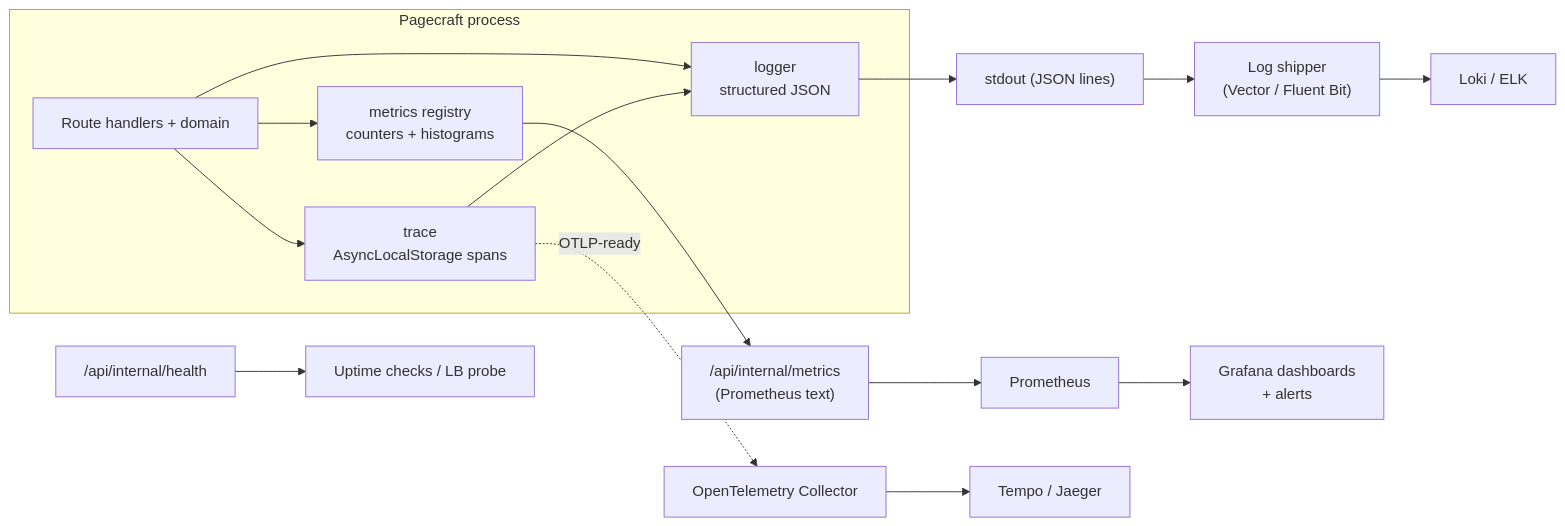
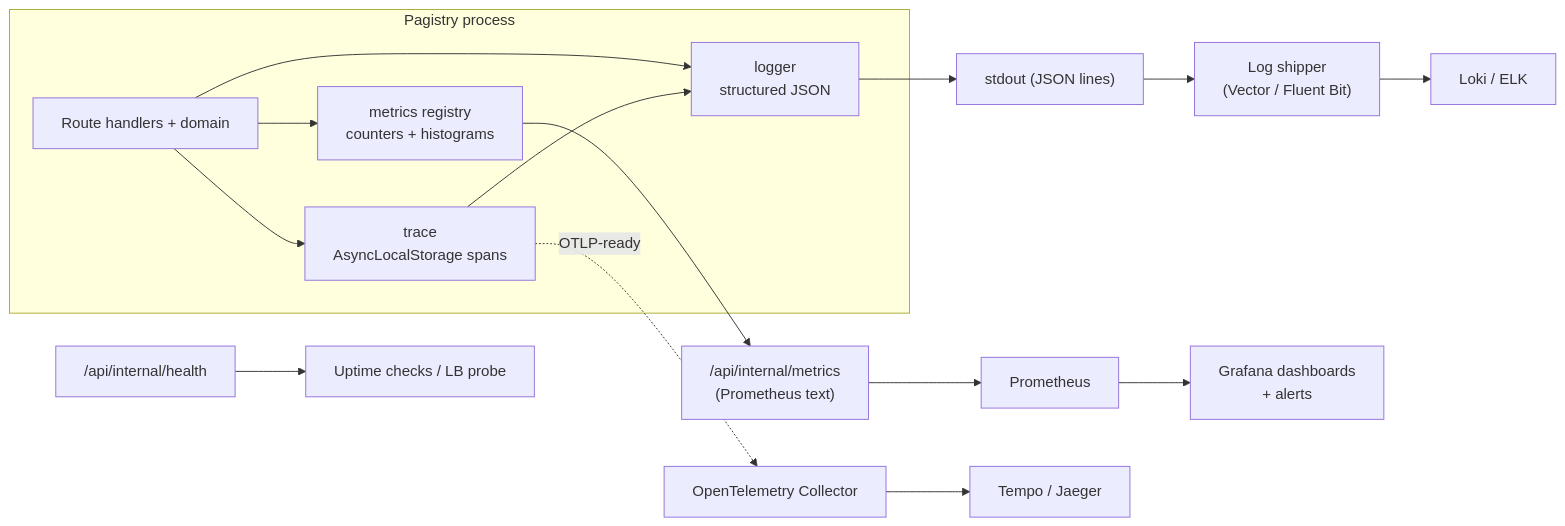
The seventh of 8 diagrams in docs/architecture.md (alexandyrzph/Pagistry), drawn with Mermaid before and after one commit. The commit also changed other lines of this file and 49 other files, not shown here.

Commit message:
rebrand: Pagecraft -> Pagistry (pagistry.com) across app, config, and docs; cover OAuth network helpers

````diff
--- a/docs/architecture.md
+++ b/docs/architecture.md
@@ -246,26 +246,26 @@
 ```mermaid
 flowchart LR
-    subgraph app["Pagecraft process"]
+    subgraph app["Pagistry process"]
         code["Route handlers + domain"]
         log["logger<br/>structured JSON"]
         met["metrics registry<br/>counters + histograms"]
         tr["trace<br/>AsyncLocalStorage spans"]
         code --> log
         code --> met
         code --> tr
         tr --> log
     end
 
     log --> stdout["stdout (JSON lines)"]
     stdout --> collector["Log shipper<br/>(Vector / Fluent Bit)"]
     collector --> loki["Loki / ELK"]
 
     met --> scrape["/api/internal/metrics<br/>(Prometheus text)"]
     scrape --> prom["Prometheus"]
     prom --> graf["Grafana dashboards<br/>+ alerts"]
 
     tr -. OTLP-ready .-> otel["OpenTelemetry Collector"]
     otel --> tempo["Tempo / Jaeger"]
 
     health["/api/internal/health"] --> uptime["Uptime checks / LB probe"]
 ```
````
